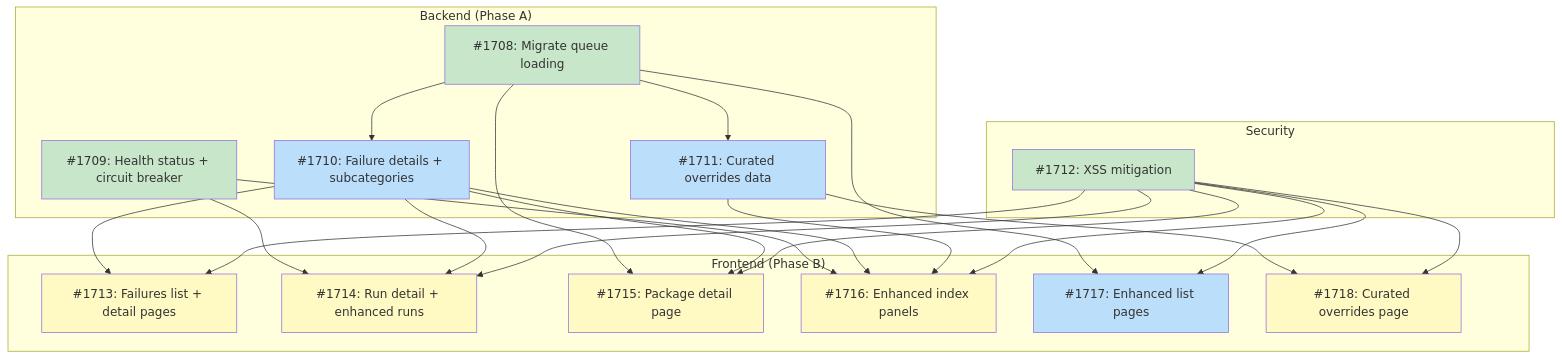
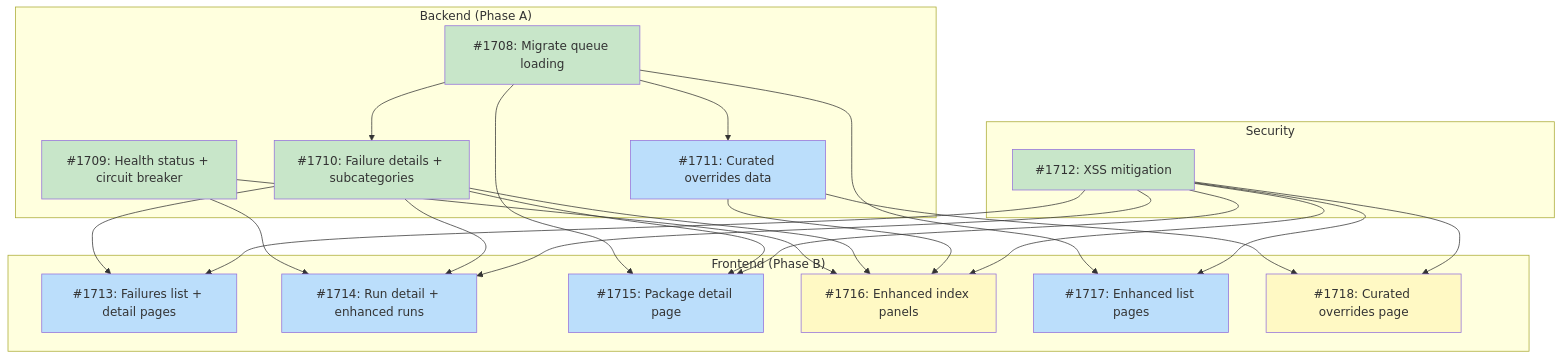
Before and after one commit to tsukumogami/tsuku: the first of 3 diagrams in docs/designs/DESIGN-dashboard-observability.md, drawn with Mermaid. The commit also changed other lines of this file, not shown here.

Commit message:
docs(design): mark #1710 complete in dashboard observability design
Update dependency graph: #1713, #1714, #1715 now ready (all blockers done).

````diff
--- a/docs/designs/DESIGN-dashboard-observability.md
+++ b/docs/designs/DESIGN-dashboard-observability.md
@@ -67,51 +67,51 @@
 ```mermaid
 graph TD
     subgraph Backend["Backend (Phase A)"]
         I1708["#1708: Migrate queue loading"]
         I1709["#1709: Health status + circuit breaker"]
         I1710["#1710: Failure details + subcategories"]
         I1711["#1711: Curated overrides data"]
     end
 
     subgraph Security["Security"]
         I1712["#1712: XSS mitigation"]
     end
 
     subgraph Frontend["Frontend (Phase B)"]
         I1713["#1713: Failures list + detail pages"]
         I1714["#1714: Run detail + enhanced runs"]
         I1715["#1715: Package detail page"]
         I1716["#1716: Enhanced index panels"]
         I1717["#1717: Enhanced list pages"]
         I1718["#1718: Curated overrides page"]
     end
 
     I1708 --> I1710
     I1708 --> I1711
     I1708 --> I1715
     I1708 --> I1717
     I1710 --> I1713
     I1712 --> I1713
     I1709 --> I1714
     I1710 --> I1714
     I1712 --> I1714
     I1710 --> I1715
     I1712 --> I1715
     I1709 --> I1716
     I1710 --> I1716
     I1711 --> I1716
     I1712 --> I1716
     I1712 --> I1717
     I1711 --> I1718
     I1712 --> I1718
 
     classDef done fill:#c8e6c9
     classDef ready fill:#bbdefb
     classDef blocked fill:#fff9c4
     classDef needsDesign fill:#e1bee7
 
-    class I1708,I1709,I1712 done
-    class I1710,I1711 ready
-    class I1717 ready
-    class I1713,I1714,I1715,I1716,I1718 blocked
+    class I1708,I1709,I1710,I1712 done
+    class I1711 ready
+    class I1713,I1714,I1715,I1717 ready
+    class I1716,I1718 blocked
 ```
````
